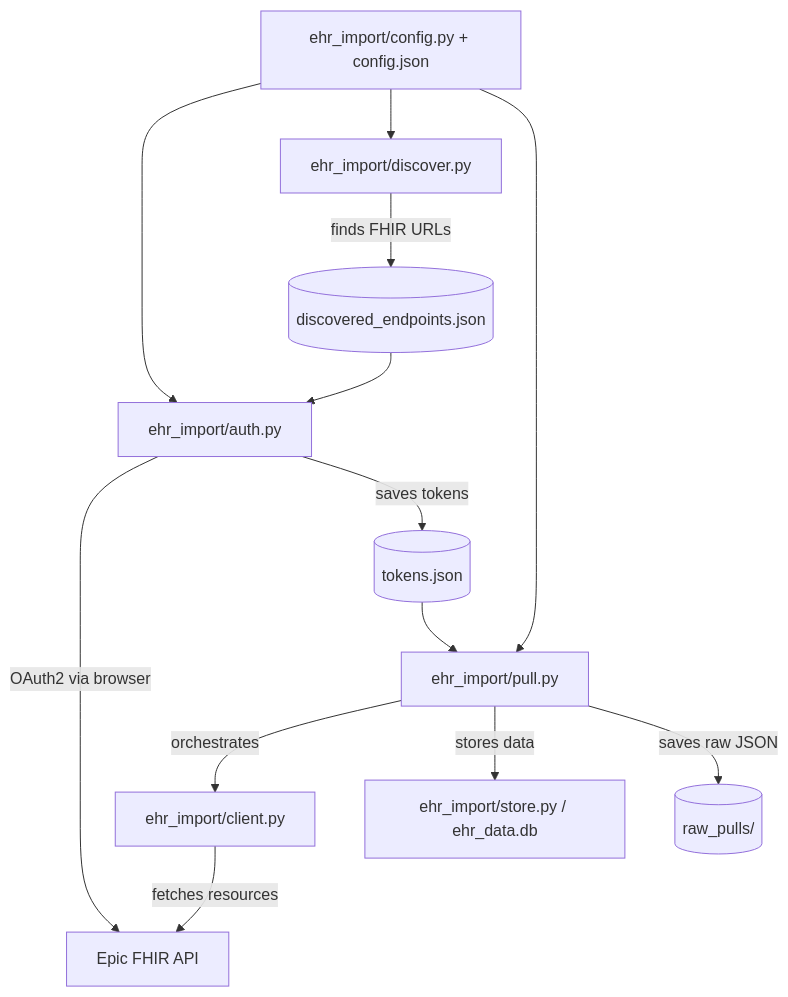
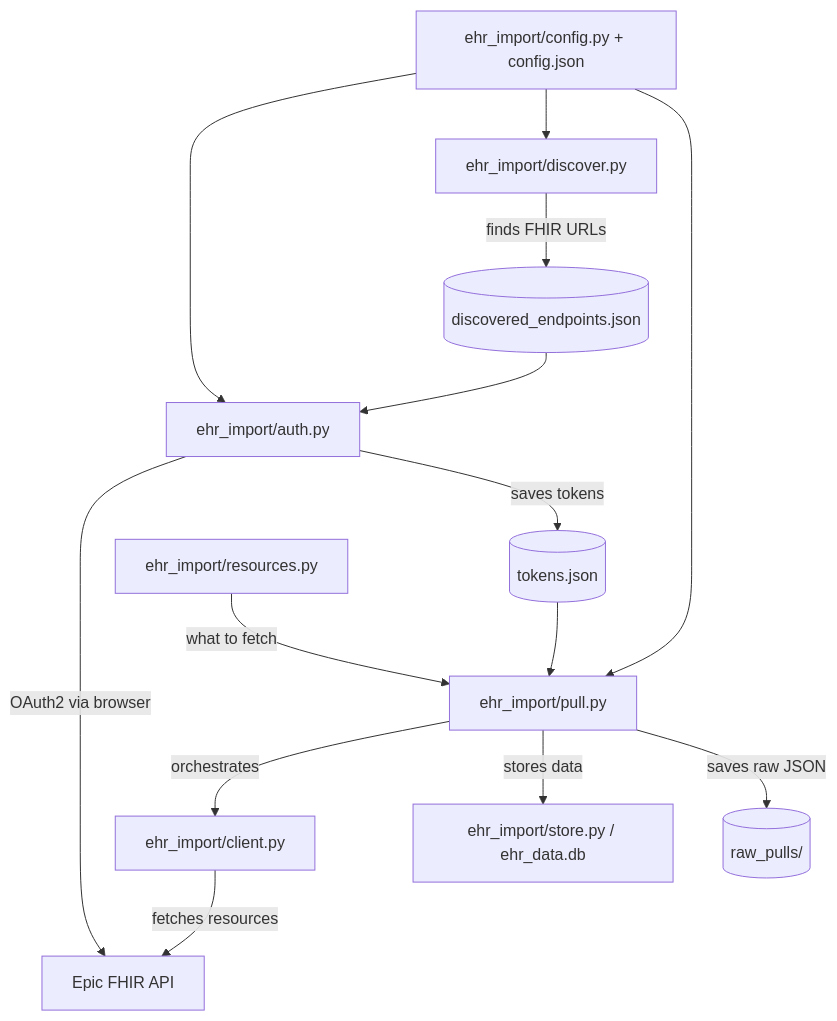
Before and after one commit to berkakinci/EHR-Import: the diagram in docs/DEVELOPMENT.md, drawn with Mermaid. The commit also changed other lines of this file and 2 other files, not shown here.

````diff
--- a/docs/DEVELOPMENT.md
+++ b/docs/DEVELOPMENT.md
@@ -5,18 +5,19 @@
 ```mermaid
 flowchart TD
     config[ehr_import/config.py + config.json] --> auth
     config --> discover
     config --> pull
 
     discover[ehr_import/discover.py] -->|finds FHIR URLs| endpoints[(discovered_endpoints.json)]
     endpoints --> auth
 
     auth[ehr_import/auth.py] -->|OAuth2 via browser| epic[Epic FHIR API]
     auth -->|saves tokens| tokens[(tokens.json)]
 
     tokens --> pull
+    resources[ehr_import/resources.py] -->|what to fetch| pull
     pull[ehr_import/pull.py] -->|orchestrates| client[ehr_import/client.py]
     client -->|fetches resources| epic
     pull -->|stores data| store[ehr_import/store.py / ehr_data.db]
     pull -->|saves raw JSON| raw[(raw_pulls/)]
 ```
````
